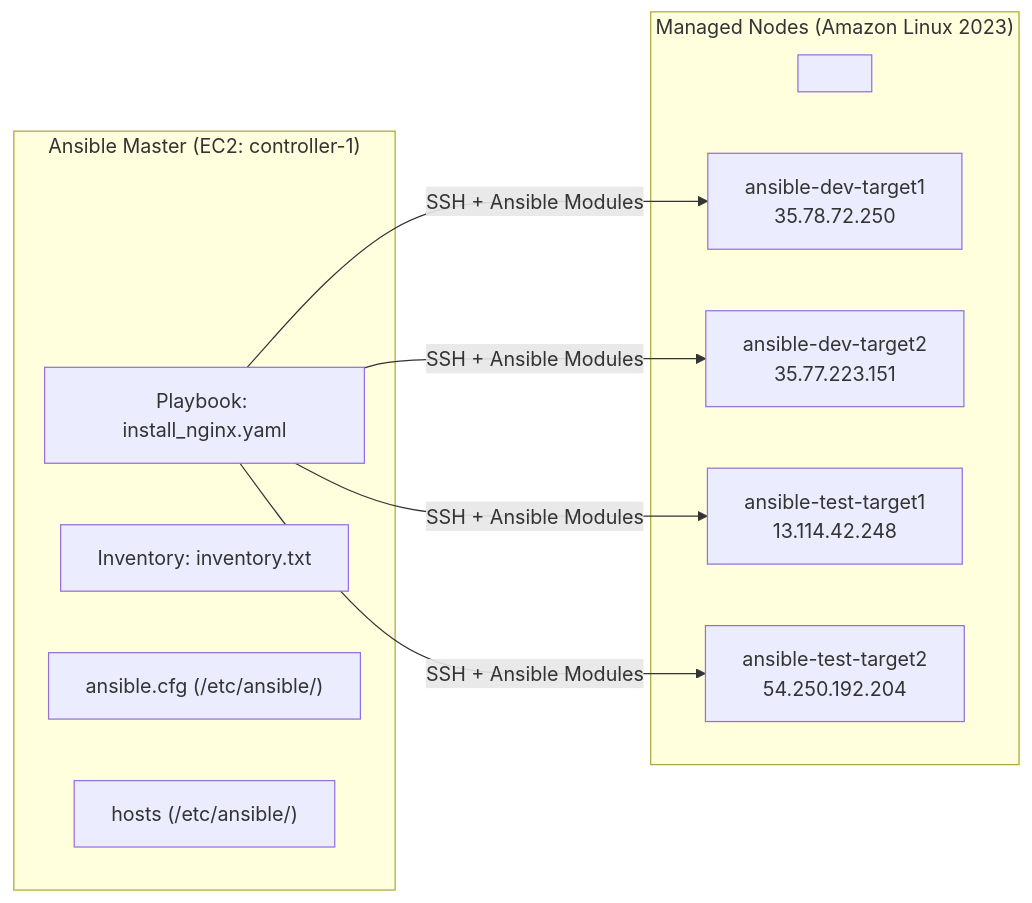
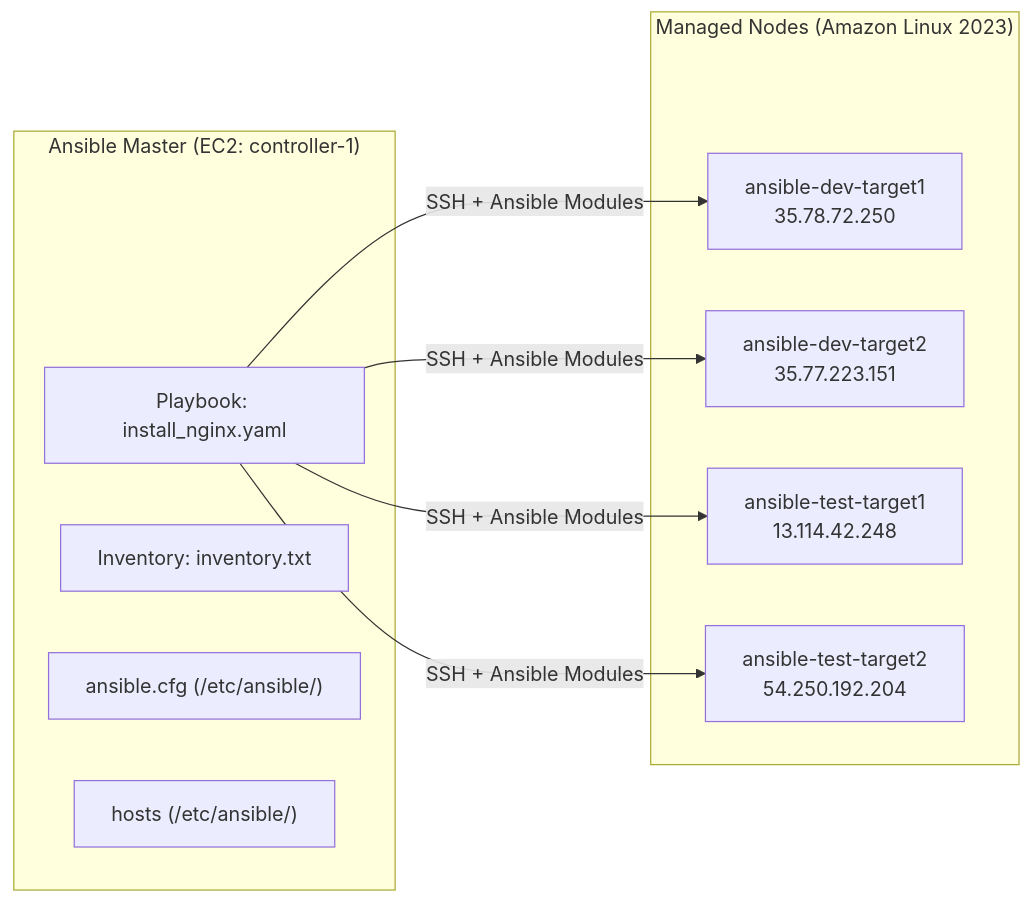
One commit to ta18-svg/Ansible-test changed the diagram in README.md. Above: the diagram before and after it, drawn with Mermaid.

Commit message:
README更新：Mermaid修正

````diff
--- a/README.md
+++ b/README.md
@@ -21,23 +21,25 @@
 ```mermaid
 graph LR
   subgraph Controller["Ansible Master (EC2: controller-1)"]
     A1["Playbook: install_nginx.yaml"]
     A2["Inventory: inventory.txt"]
     A3["ansible.cfg (/etc/ansible/)"]
     A4["hosts (/etc/ansible/)"]
   end
 
+  style XT fill:transparent,stroke:transparent
+  
   subgraph Targets["Managed Nodes (Amazon Linux 2023)"]
     XT[" "]
     T1["ansible-dev-target1<br>35.78.72.250"]
     T2["ansible-dev-target2<br>35.77.223.151"]
     T3["ansible-test-target1<br>13.114.42.248"]
     T4["ansible-test-target2<br>54.250.192.204"]
   end
 
   A1 -->|"SSH + Ansible Modules"| T1
   A1 -->|"SSH + Ansible Modules"| T2
   A1 -->|"SSH + Ansible Modules"| T3
   A1 -->|"SSH + Ansible Modules"| T4
 
 ```
````
